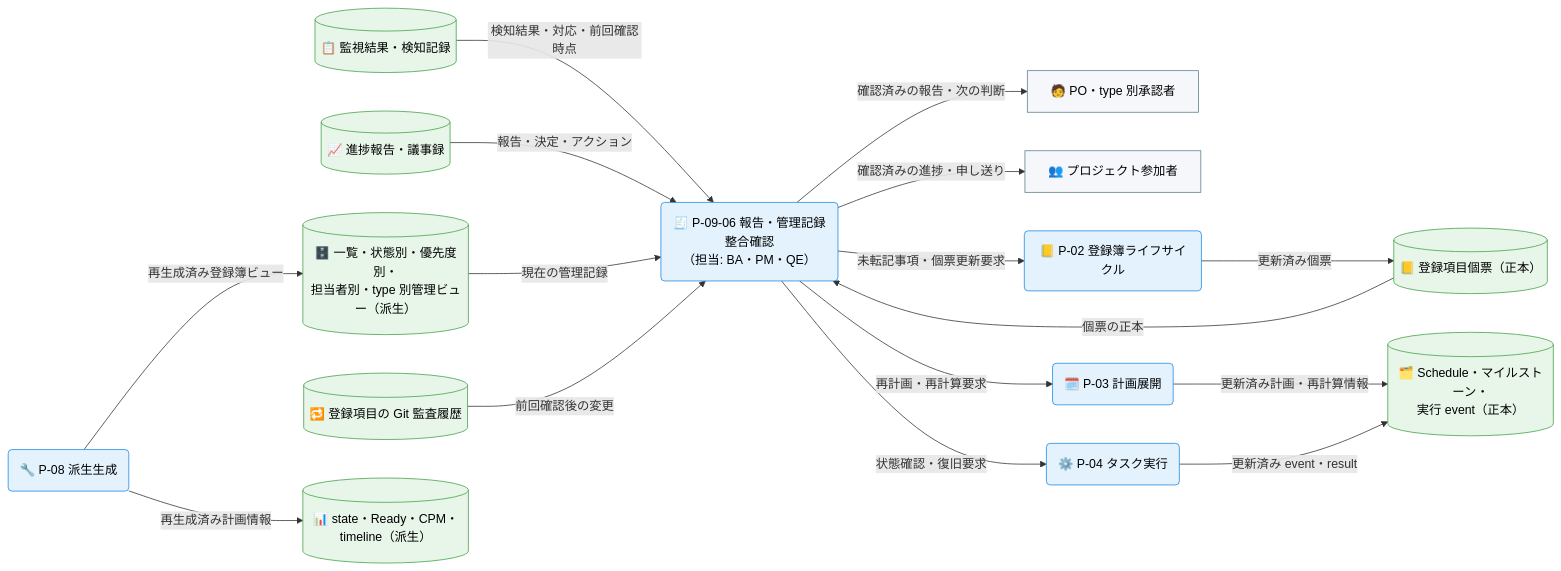
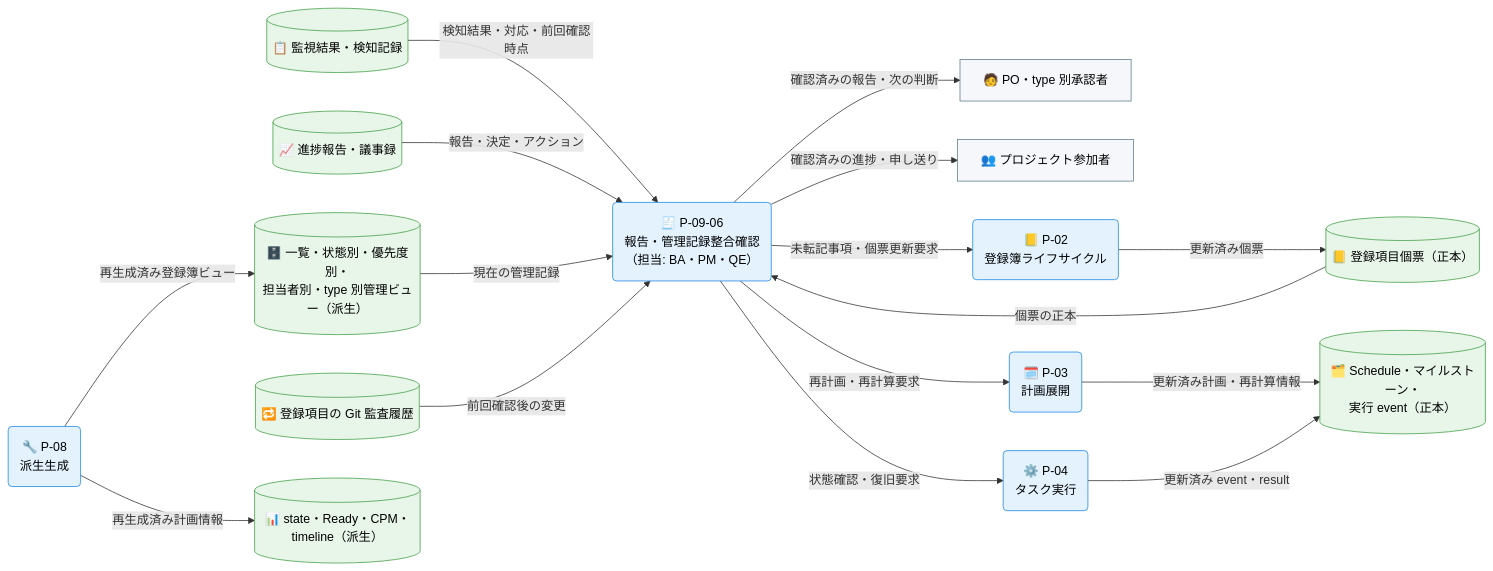
The second of 3 diagrams in docs/ja/product/010-business-specs/010-data-flow/cdfd-reporting.md (specdojo/specdojo), drawn with Mermaid before and after one commit. The commit also changed other lines of this file and 7 other files, not shown here.

````diff
--- a/docs/ja/product/010-business-specs/010-data-flow/cdfd-reporting.md
+++ b/docs/ja/product/010-business-specs/010-data-flow/cdfd-reporting.md
@@ -143,46 +143,46 @@
 ```mermaid
 flowchart LR
   classDef process fill:#e3f2fd,stroke:#1e88e5,color:#000
   classDef store fill:#e8f5e9,stroke:#43a047,color:#000
   classDef actor fill:#f5f7fa,stroke:#607d8b,color:#000
 
   PO承認者["🧑 PO・type 別承認者"]
   プロジェクト参加者["👥 プロジェクト参加者"]
 
-  報告管理記録整合確認("🧾 P-09-06 報告・管理記録整合確認<br>（担当: BA・PM・QE）")
+  報告管理記録整合確認("🧾 P-09-06<br>報告・管理記録整合確認<br>（担当: BA・PM・QE）")
 
-  登録簿ライフサイクル("📒 P-02 登録簿ライフサイクル")
-  計画展開("🗓️ P-03 計画展開")
-  タスク実行("⚙️ P-04 タスク実行")
-  派生生成("🔧 P-08 派生生成")
+  登録簿ライフサイクル("📒 P-02<br>登録簿ライフサイクル")
+  計画展開("🗓️ P-03<br>計画展開")
+  タスク実行("⚙️ P-04<br>タスク実行")
+  派生生成("🔧 P-08<br>派生生成")
 
   監視結果[("📋 監視結果・検知記録")]
   報告記録[("📈 進捗報告・議事録")]
   登録項目個票[("📒 登録項目個票（正本）")]
   登録簿管理ビュー[("🗄️ 一覧・状態別・優先度別・<br>担当者別・type 別管理ビュー（派生）")]
   Git監査履歴[("🔁 登録項目の Git 監査履歴")]
   Schedule実行正本[("🗂️ Schedule・マイルストーン・<br>実行 event（正本）")]
   計画派生情報[("📊 state・Ready・CPM・timeline（派生）")]
 
   監視結果 -->|"検知結果・対応・前回確認時点"| 報告管理記録整合確認
   報告記録 -->|"報告・決定・アクション"| 報告管理記録整合確認
   登録項目個票 -->|"個票の正本"| 報告管理記録整合確認
   登録簿管理ビュー -->|"現在の管理記録"| 報告管理記録整合確認
   Git監査履歴 -->|"前回確認後の変更"| 報告管理記録整合確認
 
   報告管理記録整合確認 -->|"未転記事項・個票更新要求"| 登録簿ライフサイクル
   報告管理記録整合確認 -->|"再計画・再計算要求"| 計画展開
   報告管理記録整合確認 -->|"状態確認・復旧要求"| タスク実行
   報告管理記録整合確認 -->|"確認済みの報告・次の判断"| PO承認者
   報告管理記録整合確認 -->|"確認済みの進捗・申し送り"| プロジェクト参加者
 
   派生生成 -->|"再生成済み計画情報"| 計画派生情報
   派生生成 -->|"再生成済み登録簿ビュー"| 登録簿管理ビュー
   登録簿ライフサイクル -->|"更新済み個票"| 登録項目個票
   計画展開 -->|"更新済み計画・再計算情報"| Schedule実行正本
   タスク実行 -->|"更新済み event・result"| Schedule実行正本
 
   class 報告管理記録整合確認,登録簿ライフサイクル,計画展開,タスク実行,派生生成 process
   class 監視結果,報告記録,登録項目個票,登録簿管理ビュー,Git監査履歴,Schedule実行正本,計画派生情報 store
   class PO承認者,プロジェクト参加者 actor
 ```
````
